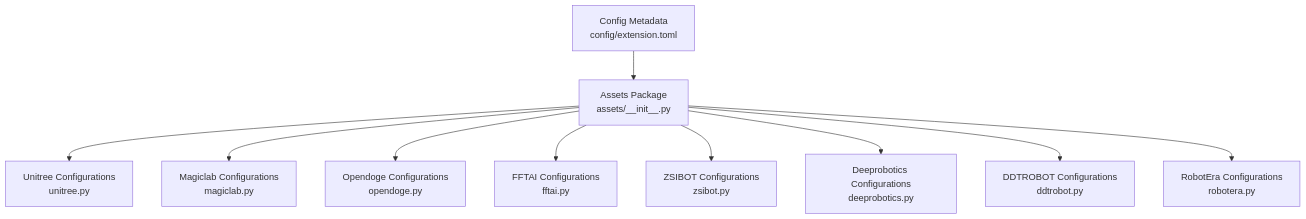
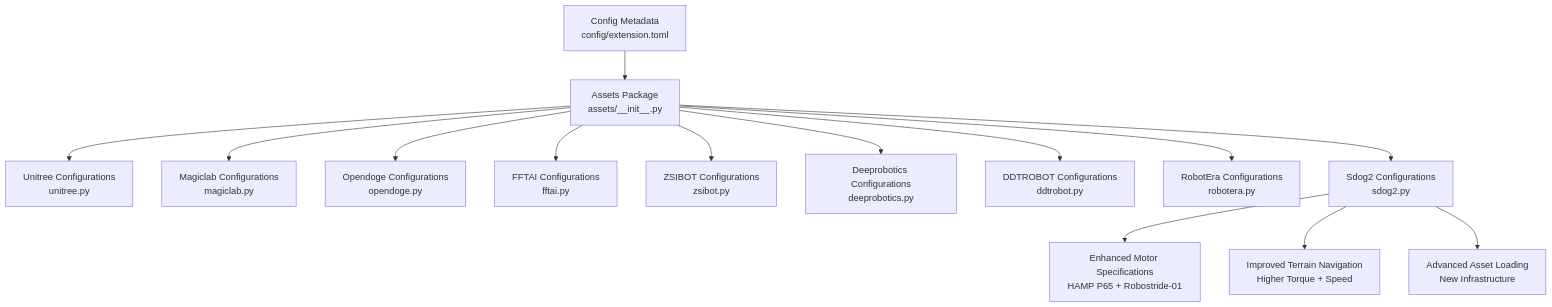
Before and after one commit to jayjayhust/robot_lab: the first of 8 diagrams in .qoder/repowiki/en/content/Asset Management System/Robot Asset Configuration.md, drawn with Mermaid. The commit also changed other lines of this file and 21 other files, not shown here.

````diff
--- a/.qoder/repowiki/en/content/Asset Management System/Robot Asset Configuration.md
+++ b/.qoder/repowiki/en/content/Asset Management System/Robot Asset Configuration.md
@@ -34,12 +42,16 @@
 ```mermaid
 graph TB
 A["Assets Package<br/>assets/__init__.py"] --> B["Unitree Configurations<br/>unitree.py"]
 A --> C["Magiclab Configurations<br/>magiclab.py"]
 A --> D["Opendoge Configurations<br/>opendoge.py"]
 A --> E["FFTAI Configurations<br/>fftai.py"]
 A --> F["ZSIBOT Configurations<br/>zsibot.py"]
 A --> G["Deeprobotics Configurations<br/>deeprobotics.py"]
 A --> H["DDTROBOT Configurations<br/>ddtrobot.py"]
 A --> I["RobotEra Configurations<br/>robotera.py"]
-J["Config Metadata<br/>config/extension.toml"] --> A
+A --> J["Sdog2 Configurations<br/>sdog2.py"]
+J --> K["Enhanced Motor Specifications<br/>HAMP P65 + Robostride-01"]
+J --> L["Improved Terrain Navigation<br/>Higher Torque + Speed"]
+J --> M["Advanced Asset Loading<br/>New Infrastructure"]
+N["Config Metadata<br/>config/extension.toml"] --> A
 ```
````
